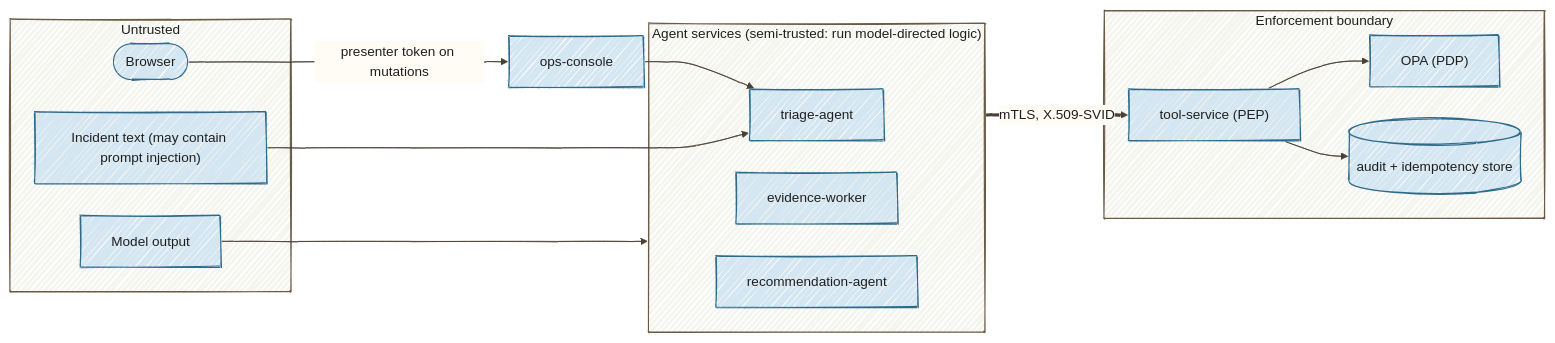
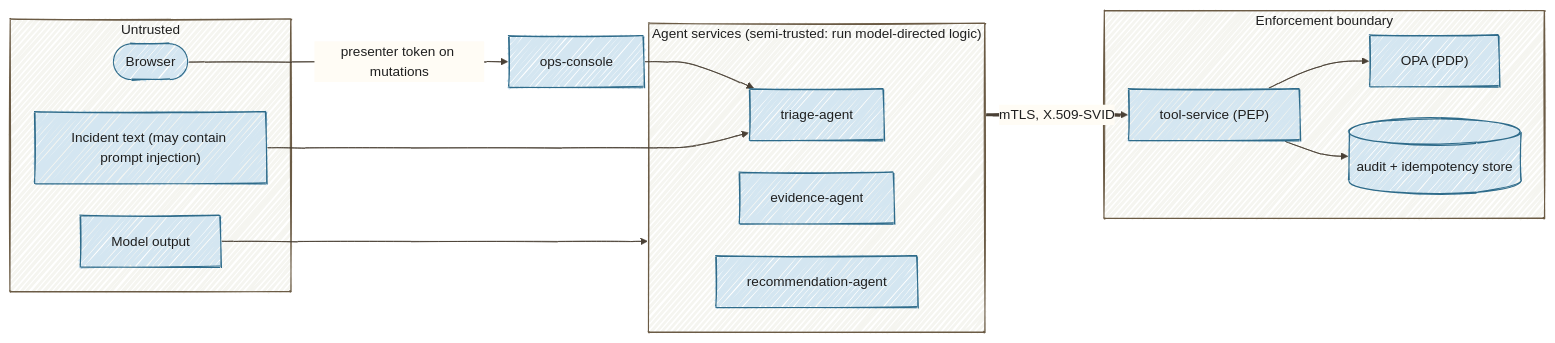
One commit to danieloh30/many-agents-one-platform changed the first of 2 diagrams in docs/security.md. Above: the diagram before and after it, drawn with Mermaid. The commit also changed other lines of this file and 81 other files, not shown here.

First line of the commit message:
Rename evidence-worker to evidence-agent

````diff
--- a/docs/security.md
+++ b/docs/security.md
@@ -19,26 +19,26 @@
 ```mermaid
 %%{init: {"look":"handDrawn","theme":"base","themeVariables":{"darkMode":false,"background":"#FFFCF5","primaryColor":"#D4E6F1","primaryBorderColor":"#2E6B8A","primaryTextColor":"#1F1F1F","secondaryColor":"#D8F0D8","secondaryTextColor":"#1F1F1F","tertiaryColor":"#E8DCC4","tertiaryTextColor":"#1F1F1F","textColor":"#1F1F1F","lineColor":"#4A4035","edgeLabelBackground":"#FFFCF5","clusterBkg":"#F5F5F0","clusterBorder":"#6B5B45","fontSize":"16px"},"flowchart":{"nodeSpacing":35,"rankSpacing":55,"padding":18,"curve":"basis"}}}%%
 flowchart LR
   subgraph untrusted["Untrusted"]
     browser([Browser])
     modelout["Model output"]
     incident["Incident text (may contain prompt injection)"]
   end
   subgraph agents["Agent services (semi-trusted: run model-directed logic)"]
     triage[triage-agent]
-    evidence[evidence-worker]
+    evidence[evidence-agent]
     reco[recommendation-agent]
   end
   subgraph enforcement["Enforcement boundary"]
     tools["tool-service (PEP)"]
     opa["OPA (PDP)"]
     audit[("audit + idempotency store")]
   end
   browser -->|presenter token on mutations| console[ops-console]
   console --> triage
   incident --> triage
   modelout --> agents
   agents ==>|mTLS, X.509-SVID| tools
   tools --> opa
   tools --> audit
 ```
````
